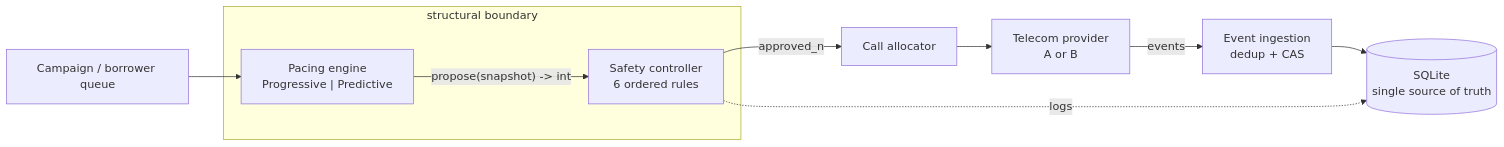
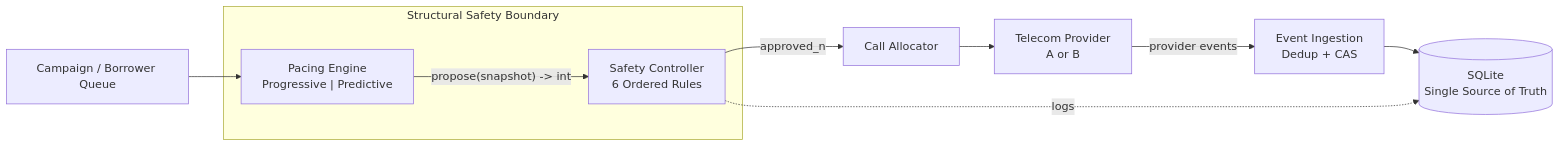
The first of 3 diagrams in docs/ARCHITECTURE.md (nikitayk/smartdialer), drawn with Mermaid before and after one commit. The commit also changed other lines of this file, not shown here.

First line of the commit message:
Revise architecture documentation and diagrams

````diff
--- a/docs/ARCHITECTURE.md
+++ b/docs/ARCHITECTURE.md
@@ -10,14 +9,23 @@
 ```mermaid
 flowchart LR
-    C[Campaign / borrower queue] --> P["Pacing engine<br/>Progressive | Predictive"]
-    P -- "propose(snapshot) -> int" --> S[Safety controller<br/>6 ordered rules]
-    S -- "approved_n" --> AL[Call allocator]
-    AL --> PR[Telecom provider<br/>A or B]
-    PR -- events --> ING[Event ingestion<br/>dedup + CAS]
-    ING --> DB[(SQLite<br/>single source of truth)]
-    S -. logs .-> DB
-    subgraph guard [structural boundary]
+    C["Campaign / Borrower Queue"]
+    P["Pacing Engine<br/>Progressive | Predictive"]
+    S["Safety Controller<br/>6 Ordered Rules"]
+    AL["Call Allocator"]
+    PR["Telecom Provider<br/>A or B"]
+    ING["Event Ingestion<br/>Dedup + CAS"]
+    DB[("SQLite<br/>Single Source of Truth")]
+
+    C --> P
+    P -->|"propose(snapshot) -> int"| S
+    S -->|"approved_n"| AL
+    AL --> PR
+    PR -->|"provider events"| ING
+    ING --> DB
+    S -.->|"logs"| DB
+
+    subgraph GUARD["Structural Safety Boundary"]
         P
         S
     end
 ```
````
